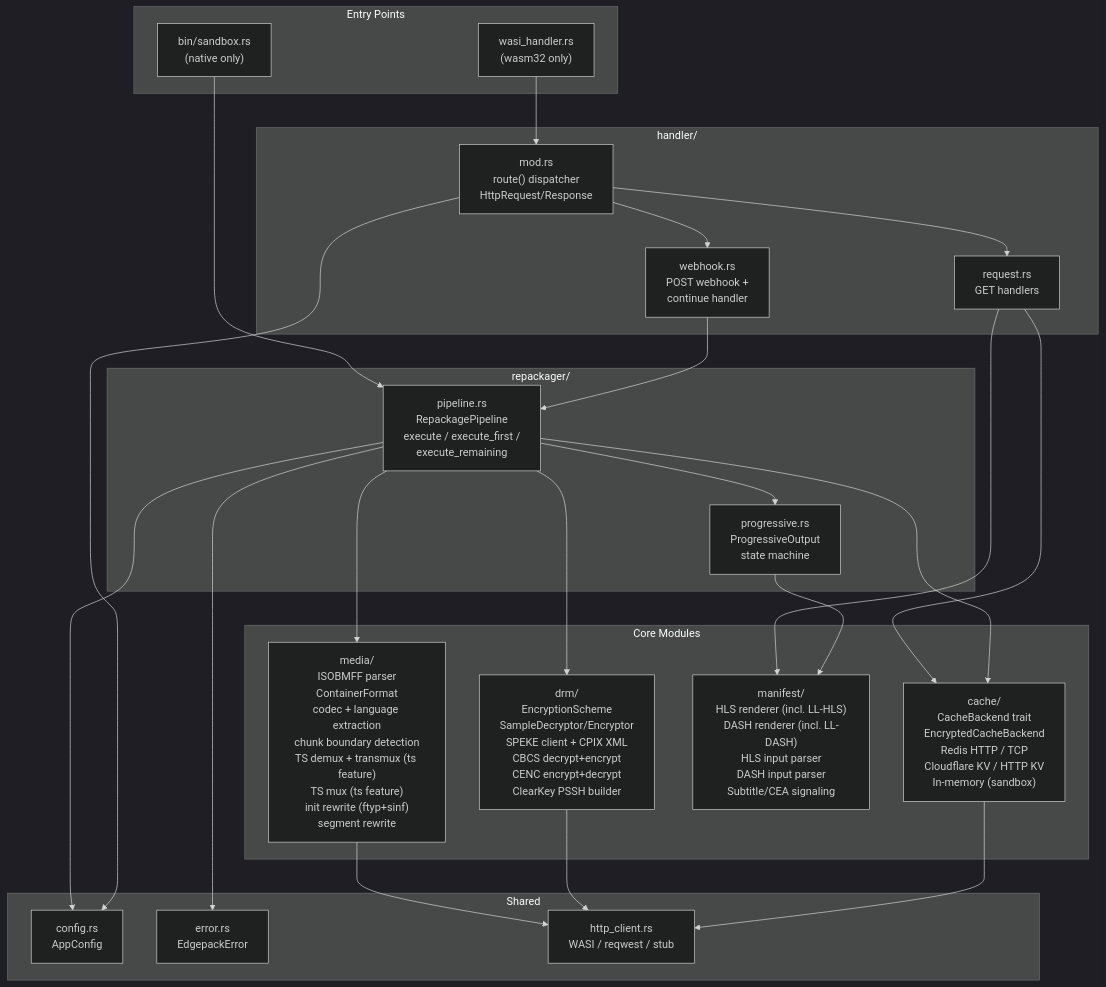
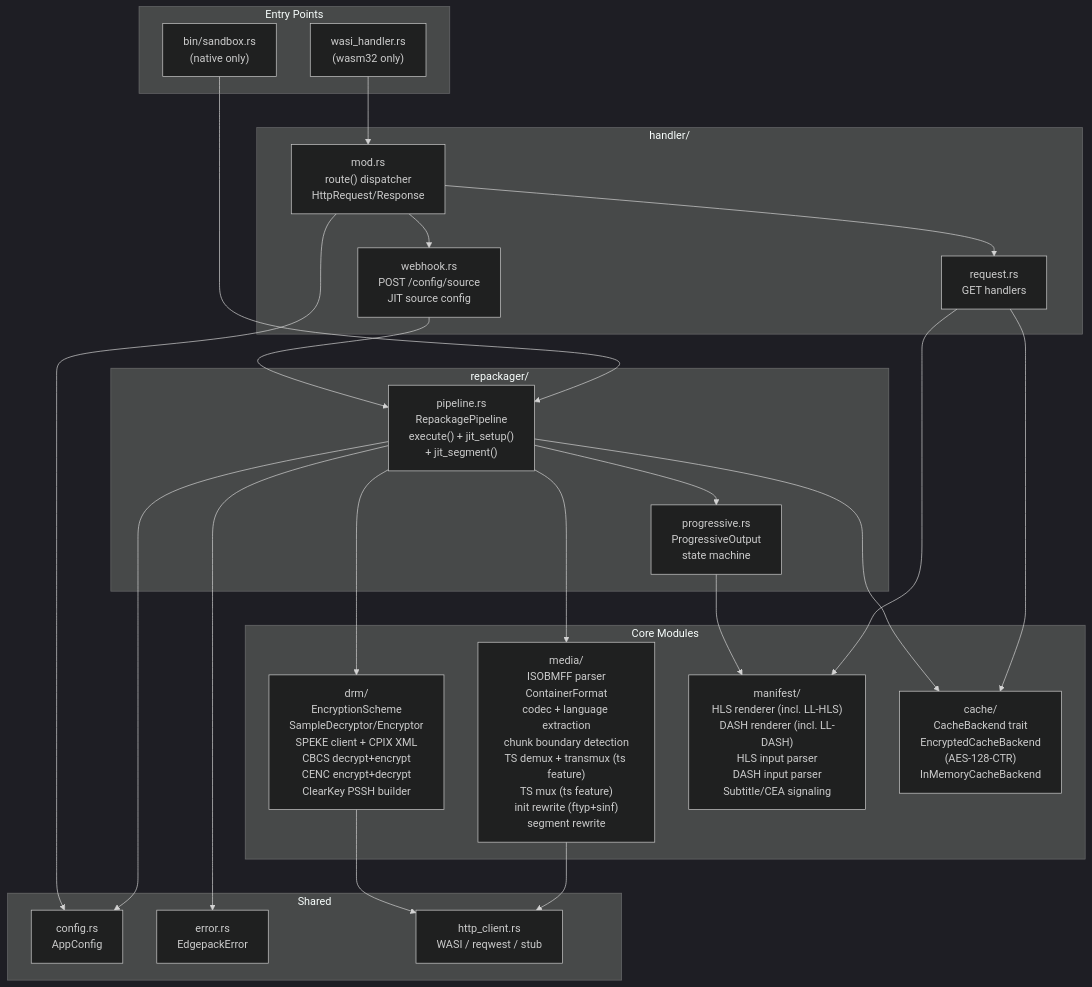
One commit to adrums86/edgepack changed the third of 11 diagrams in docs/architecture.md. Above: the diagram before and after it, drawn with Mermaid (dark theme). The commit also changed other lines of this file and 37 other files, not shown here.

````diff
--- a/docs/architecture.md
+++ b/docs/architecture.md
@@ -110,54 +108,53 @@
 ```mermaid
 graph TD
     subgraph Entry["Entry Points"]
         WASI["wasi_handler.rs<br/>(wasm32 only)"]
         Sandbox["bin/sandbox.rs<br/>(native only)"]
     end
 
     subgraph Handler["handler/"]
         Router["mod.rs<br/>route() dispatcher<br/>HttpRequest/Response"]
         Request["request.rs<br/>GET handlers"]
-        Webhook["webhook.rs<br/>POST webhook +<br/>continue handler"]
+        Webhook["webhook.rs<br/>POST /config/source<br/>JIT source config"]
     end
 
     subgraph Repackager["repackager/"]
-        RPipeline["pipeline.rs<br/>RepackagePipeline<br/>execute / execute_first /<br/>execute_remaining"]
+        RPipeline["pipeline.rs<br/>RepackagePipeline<br/>execute() + jit_setup()<br/>+ jit_segment()"]
         Progressive["progressive.rs<br/>ProgressiveOutput<br/>state machine"]
     end
 
     subgraph Core["Core Modules"]
         Media["media/<br/>ISOBMFF parser<br/>ContainerFormat<br/>codec + language extraction<br/>chunk boundary detection<br/>TS demux + transmux (ts feature)<br/>TS mux (ts feature)<br/>init rewrite (ftyp+sinf)<br/>segment rewrite"]
         DRMMod["drm/<br/>EncryptionScheme<br/>SampleDecryptor/Encryptor<br/>SPEKE client + CPIX XML<br/>CBCS decrypt+encrypt<br/>CENC encrypt+decrypt<br/>ClearKey PSSH builder"]
         Manifest["manifest/<br/>HLS renderer (incl. LL-HLS)<br/>DASH renderer (incl. LL-DASH)<br/>HLS input parser<br/>DASH input parser<br/>Subtitle/CEA signaling"]
-        CacheMod2["cache/<br/>CacheBackend trait<br/>EncryptedCacheBackend<br/>Redis HTTP / TCP<br/>Cloudflare KV / HTTP KV<br/>In-memory (sandbox)"]
+        CacheMod2["cache/<br/>CacheBackend trait<br/>EncryptedCacheBackend<br/>(AES-128-CTR)<br/>InMemoryCacheBackend"]
     end
 
     subgraph Shared["Shared"]
         Config["config.rs<br/>AppConfig"]
         Error["error.rs<br/>EdgepackError"]
         HTTP["http_client.rs<br/>WASI / reqwest / stub"]
     end
 
     WASI --> Router
     Sandbox --> RPipeline
 
     Router --> Request
     Router --> Webhook
     Request --> CacheMod2
     Request --> Manifest
     Webhook --> RPipeline
 
     RPipeline --> Media
     RPipeline --> DRMMod
     RPipeline --> Progressive
     RPipeline --> CacheMod2
     Progressive --> Manifest
 
     Media --> HTTP
     DRMMod --> HTTP
-    CacheMod2 --> HTTP
 
     RPipeline --> Config
     RPipeline --> Error
     Router --> Config
 ```
````
